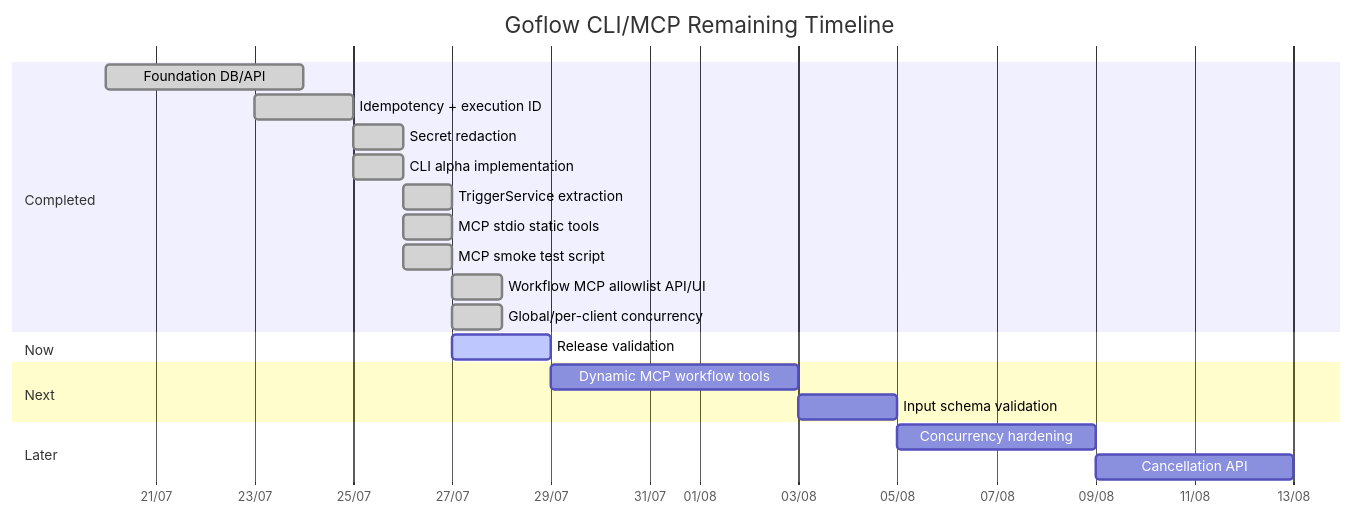
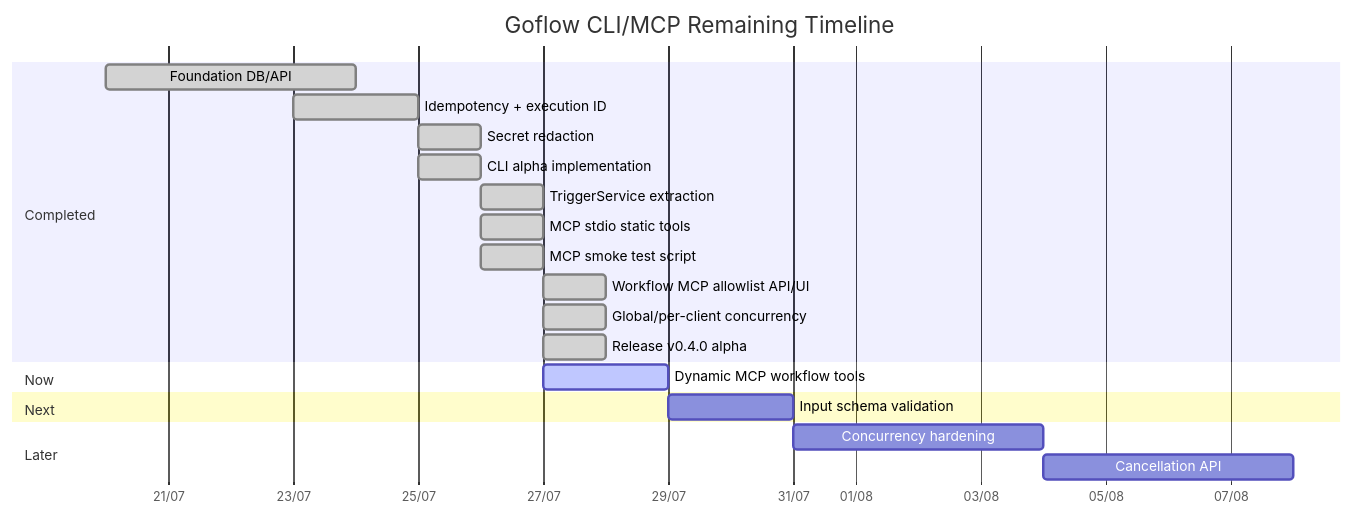
Before and after one commit to hstptcn5/Goflow: the second of 2 diagrams in ROADMAP_PROGRESS.md, drawn with Mermaid. The commit also changed other lines of this file and 5 other files, not shown here.

First line of the commit message:
Implement dynamic MCP workflow tools

````diff
--- a/ROADMAP_PROGRESS.md
+++ b/ROADMAP_PROGRESS.md
@@ -59,28 +60,28 @@
 ```mermaid
 gantt
     title Goflow CLI/MCP Remaining Timeline
     dateFormat  YYYY-MM-DD
     axisFormat  %d/%m
 
     section Completed
     Foundation DB/API             :done, f1, 2026-07-20, 4d
     Idempotency + execution ID     :done, f2, 2026-07-23, 2d
     Secret redaction               :done, f3, 2026-07-25, 1d
     CLI alpha implementation       :done, cli1, 2026-07-25, 1d
     TriggerService extraction      :done, svc1, 2026-07-26, 1d
     MCP stdio static tools         :done, mcp1, 2026-07-26, 1d
     MCP smoke test script          :done, mcp2, 2026-07-26, 1d
     Workflow MCP allowlist API/UI  :done, mcp3, 2026-07-27, 1d
     Global/per-client concurrency  :done, hard0, 2026-07-27, 1d
+    Release v0.4.0 alpha           :done, rel1, 2026-07-27, 1d
 
     section Now
-    Release validation             :active, rel1, 2026-07-27, 2d
+    Dynamic MCP workflow tools     :active, mcp4, 2026-07-27, 2d
 
     section Next
-    Dynamic MCP workflow tools     :mcp4, after rel1, 5d
     Input schema validation        :mcp5, after mcp4, 2d
 
     section Later
     Concurrency hardening          :hard1, after mcp5, 4d
     Cancellation API               :hard2, after hard1, 4d
 ```
````
